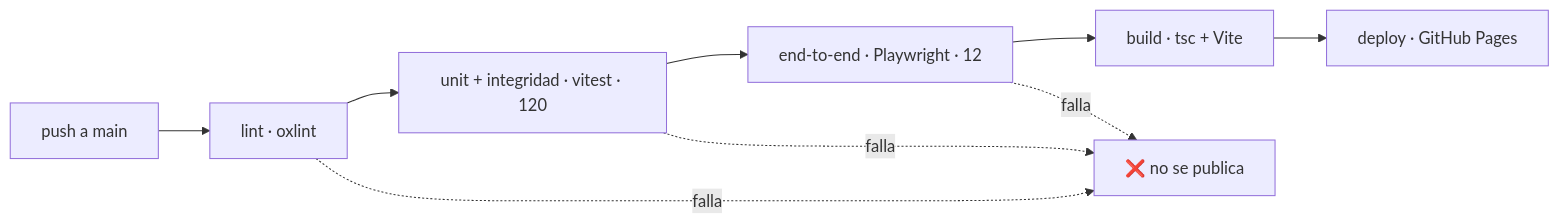
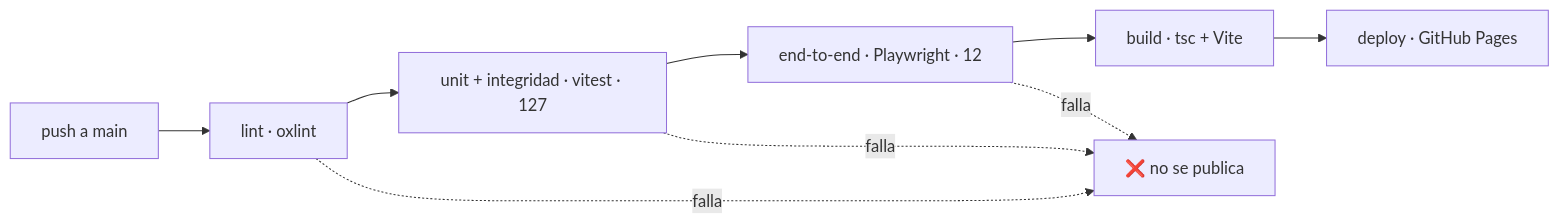
Before and after one commit to luzzaragoza/cuanto-me-falta: the diagram in docs/06-calidad.md, drawn with Mermaid. The commit also changed other lines of this file and 6 other files, not shown here.

````diff
--- a/docs/06-calidad.md
+++ b/docs/06-calidad.md
@@ -64,12 +64,12 @@
 ```mermaid
 %% svg:pipeline
 flowchart LR
     P["push a main"] --> L["lint · oxlint"]
-    L --> U["unit + integridad · vitest · 120"]
+    L --> U["unit + integridad · vitest · 127"]
     U --> E["end-to-end · Playwright · 12"]
     E --> B["build · tsc + Vite"]
     B --> D["deploy · GitHub Pages"]
     L -. falla .-> X["❌ no se publica"]
     U -. falla .-> X
     E -. falla .-> X
 ```
````
